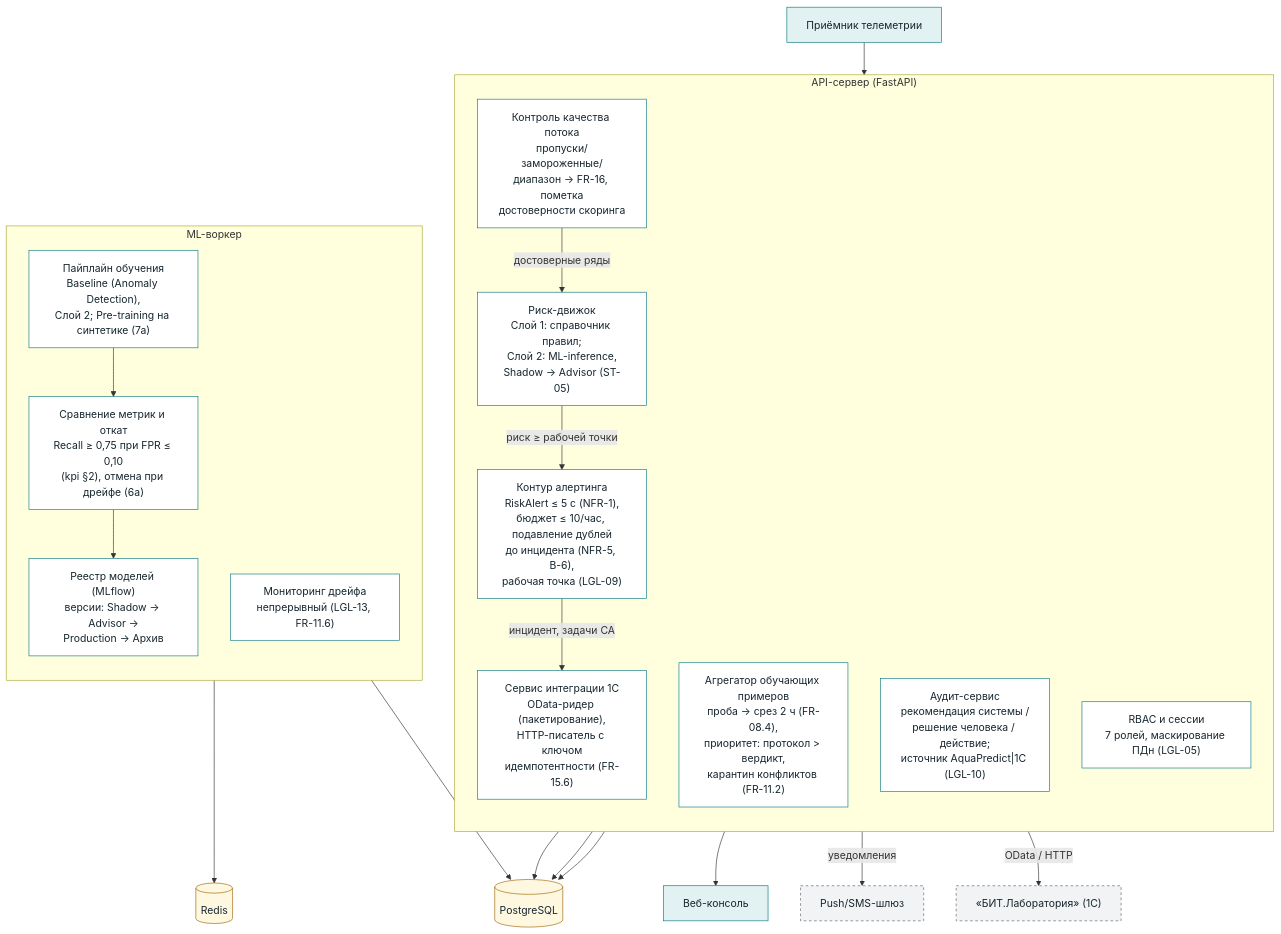
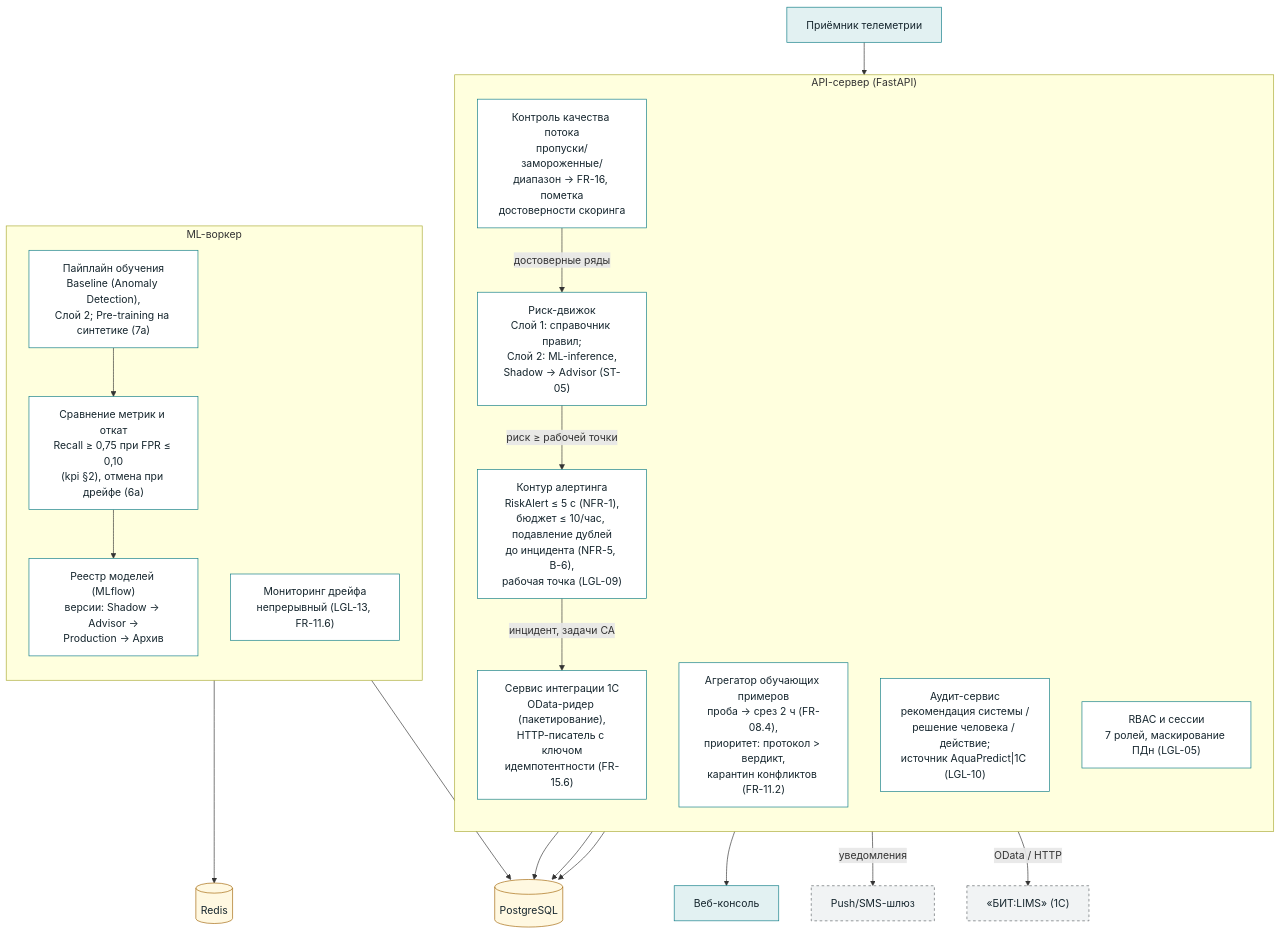
Before and after one commit to igorvolk1961/water_checker: the diagram in docs/system_analysis/diagrams/c4_components.md, drawn with Mermaid. The commit also changed 45 other files, not shown here.

Commit message:
Rename product to БИТ:LIMS across docs/diagrams/code; document real-API access status and integration bridge

````diff
--- a/docs/system_analysis/diagrams/c4_components.md
+++ b/docs/system_analysis/diagrams/c4_components.md
@@ -5,48 +5,48 @@
 ```mermaid
 flowchart TB
   classDef container fill:#e2f1f2,stroke:#0e7c86,color:#16262e
   classDef comp fill:#ffffff,stroke:#0e7c86,color:#16262e
   classDef data fill:#fff8e1,stroke:#a3660a,color:#16262e
   classDef ext fill:#f1f3f4,stroke:#5f6368,stroke-dasharray:4,color:#16262e
 
   subgraph API["API-сервер (FastAPI)"]
     direction TB
     ALERT["Контур алертинга<br/>RiskAlert ≤ 5 с (NFR-1),<br/>бюджет ≤ 10/час, подавление дублей<br/>до инцидента (NFR-5, В-6),<br/>рабочая точка (LGL-09)"]:::comp
     ENGINE["Риск-движок<br/>Слой 1: справочник правил;<br/>Слой 2: ML-inference,<br/>Shadow → Advisor (ST-05)"]:::comp
     SYNC["Сервис интеграции 1С<br/>OData-ридер (пакетирование),<br/>HTTP-писатель с ключом<br/>идемпотентности (FR-15.6)"]:::comp
     QUAL["Контроль качества потока<br/>пропуски/замороженные/<br/>диапазон → FR-16, пометка<br/>достоверности скоринга"]:::comp
     LABEL["Агрегатор обучающих примеров<br/>проба → срез 2 ч (FR-08.4),<br/>приоритет: протокол &gt; вердикт,<br/>карантин конфликтов (FR-11.2)"]:::comp
     AUDIT["Аудит-сервис<br/>рекомендация системы /<br/>решение человека / действие;<br/>источник AquaPredict|1С (LGL-10)"]:::comp
     RBAC["RBAC и сессии<br/>7 ролей, маскирование ПДн (LGL-05)"]:::comp
   end
 
   subgraph MLW["ML-воркер"]
     direction TB
     TRAIN["Пайплайн обучения<br/>Baseline (Anomaly Detection),<br/>Слой 2; Pre-training на синтетике (7а)"]:::comp
     EVAL["Сравнение метрик и откат<br/>Recall ≥ 0,75 при FPR ≤ 0,10<br/>(kpi §2), отмена при дрейфе (6а)"]:::comp
     DRIFT["Мониторинг дрейфа<br/>непрерывный (LGL-13, FR-11.6)"]:::comp
     REG["Реестр моделей (MLflow)<br/>версии: Shadow → Advisor →<br/>Production → Архив"]:::comp
   end
 
   PG[("PostgreSQL")]:::data
   RD[("Redis")]:::data
-  ONEC["«БИТ.Лаборатория» (1С)"]:::ext
+  ONEC["«БИТ:LIMS» (1С)"]:::ext
   TELIN["Приёмник телеметрии"]:::container
   UI["Веб-консоль"]:::container
   PUSH["Push/SMS-шлюз"]:::ext
 
   TELIN --> QUAL
   QUAL -- "достоверные ряды" --> ENGINE
   ENGINE -- "риск ≥ рабочей точки" --> ALERT
   ALERT -- "инцидент, задачи CA" --> SYNC
   SYNC -- "OData / HTTP" --> ONEC
   ALERT -- "уведомления" --> PUSH
   LABEL --> PG
   TRAIN --> EVAL
   EVAL --> REG
   TRAIN --> PG
   DRIFT --> RD
   ALERT --> UI
   AUDIT --> PG
   RBAC --> PG
 ```
````
